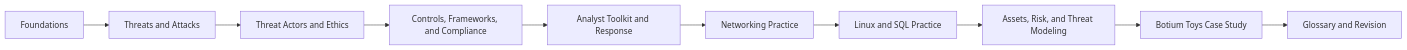
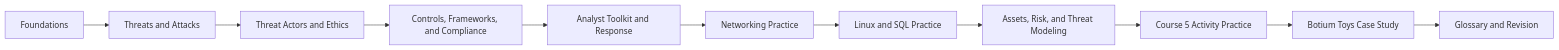
The diagram in README.md (BlackCat-Sec/google-cybersecurity-study-guide), drawn with Mermaid before and after one commit. The commit also changed other lines of this file and 7 other files, not shown here.

Commit message:
add course 5 activity notes

````diff
--- a/README.md
+++ b/README.md
@@ -30,12 +32,13 @@
 ```mermaid
 flowchart LR
     A["Foundations"] --> B["Threats and Attacks"]
     B --> C["Threat Actors and Ethics"]
     C --> D["Controls, Frameworks, and Compliance"]
     D --> E["Analyst Toolkit and Response"]
     E --> F["Networking Practice"]
     F --> G["Linux and SQL Practice"]
     G --> H["Assets, Risk, and Threat Modeling"]
-    H --> I["Botium Toys Case Study"]
-    I --> J["Glossary and Revision"]
+    H --> I["Course 5 Activity Practice"]
+    I --> J["Botium Toys Case Study"]
+    J --> K["Glossary and Revision"]
 ```
````
